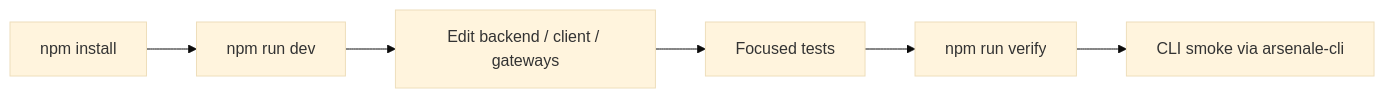
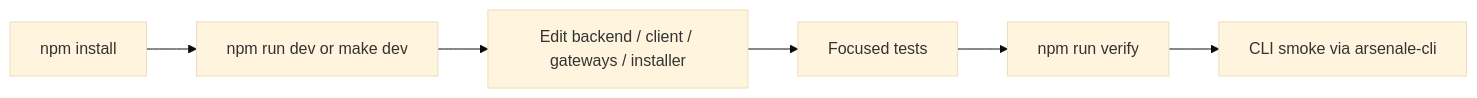
Before and after one commit to dnviti/remote-desktop-manager: the diagram in docs/development.md, drawn with Mermaid (base theme). The commit also changed other lines of this file and 80 other files, not shown here.

Commit message:
Add installer-managed deployment flow and runtime feature manifest

````diff
--- a/docs/development.md
+++ b/docs/development.md
@@ -38,8 +44,8 @@
 ```mermaid
 flowchart LR
-    A["npm install"] --> B["npm run dev"]
-    B --> C["Edit backend / client / gateways"]
+    A["npm install"] --> B["npm run dev or make dev"]
+    B --> C["Edit backend / client / gateways / installer"]
     C --> D["Focused tests"]
     D --> E["npm run verify"]
     E --> F["CLI smoke via arsenale-cli"]
 ```
````
